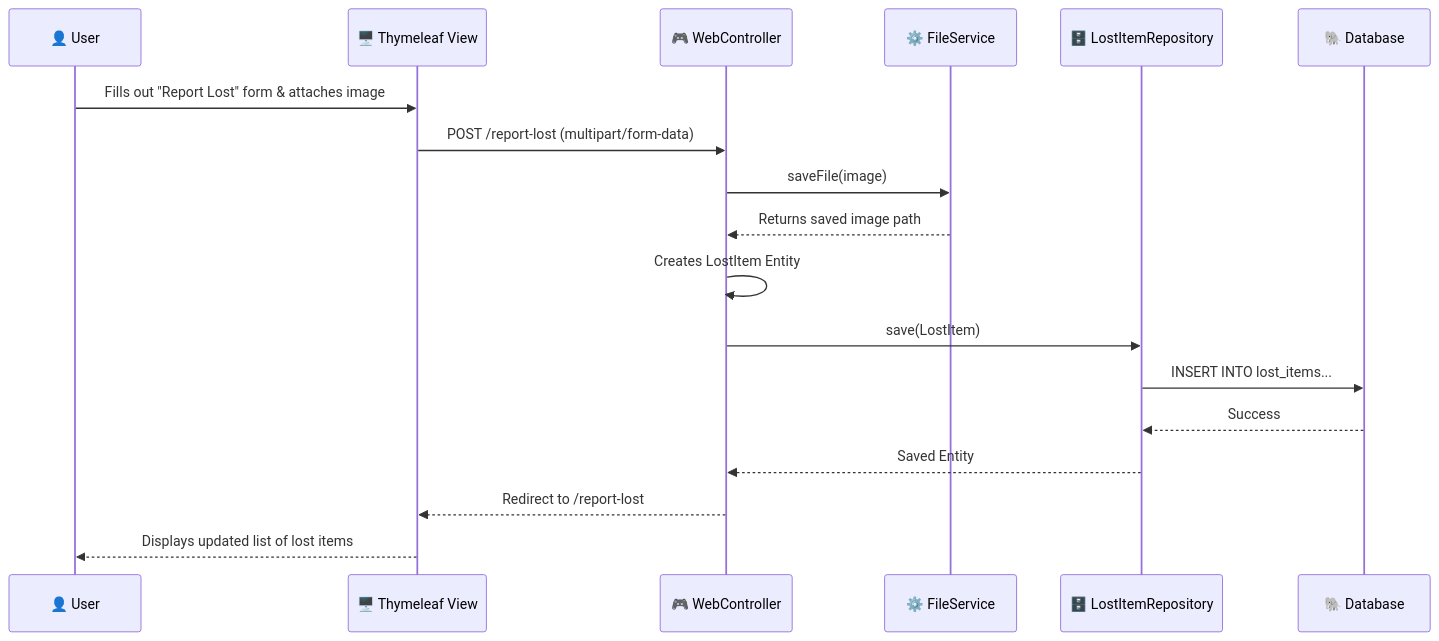
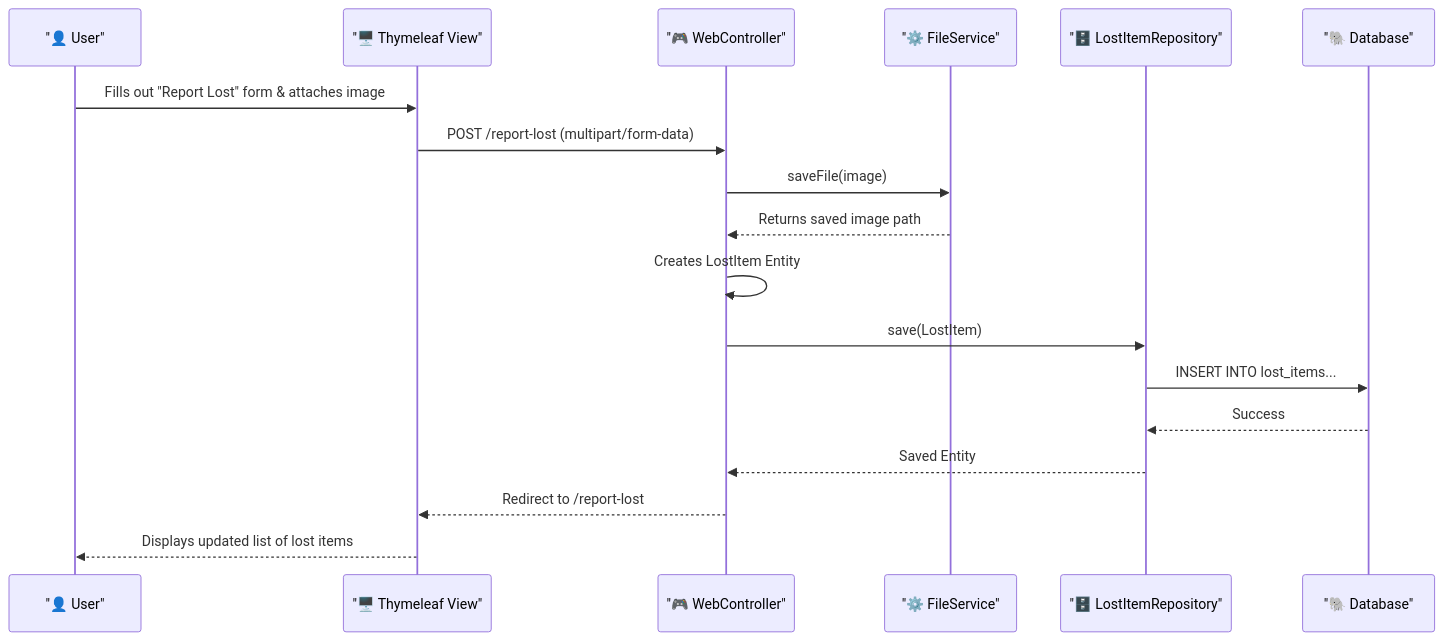
Before and after one commit to Pranav12-karhale/Lost-Found: the second of 2 diagrams in README.md, drawn with Mermaid. The commit also changed other lines of this file, not shown here.

Commit message:
Fix mermaid diagram syntax error on GitHub

````diff
--- a/README.md
+++ b/README.md
@@ -59,21 +59,21 @@
 ```mermaid
 sequenceDiagram
-    participant User as 👤 User
-    participant View as 🖥️ Thymeleaf View
-    participant Controller as 🎮 WebController
-    participant Service as ⚙️ FileService
-    participant Repo as 🗄️ LostItemRepository
-    participant DB as 🐘 Database
+    participant User as "👤 User"
+    participant View as "🖥️ Thymeleaf View"
+    participant Controller as "🎮 WebController"
+    participant Service as "⚙️ FileService"
+    participant Repo as "🗄️ LostItemRepository"
+    participant DB as "🐘 Database"
 
     User->>View: Fills out "Report Lost" form & attaches image
     View->>Controller: POST /report-lost (multipart/form-data)
     Controller->>Service: saveFile(image)
     Service-->>Controller: Returns saved image path
     Controller->>Controller: Creates LostItem Entity
     Controller->>Repo: save(LostItem)
     Repo->>DB: INSERT INTO lost_items...
     DB-->>Repo: Success
     Repo-->>Controller: Saved Entity
     Controller-->>View: Redirect to /report-lost
     View-->>User: Displays updated list of lost items
 ```
````
